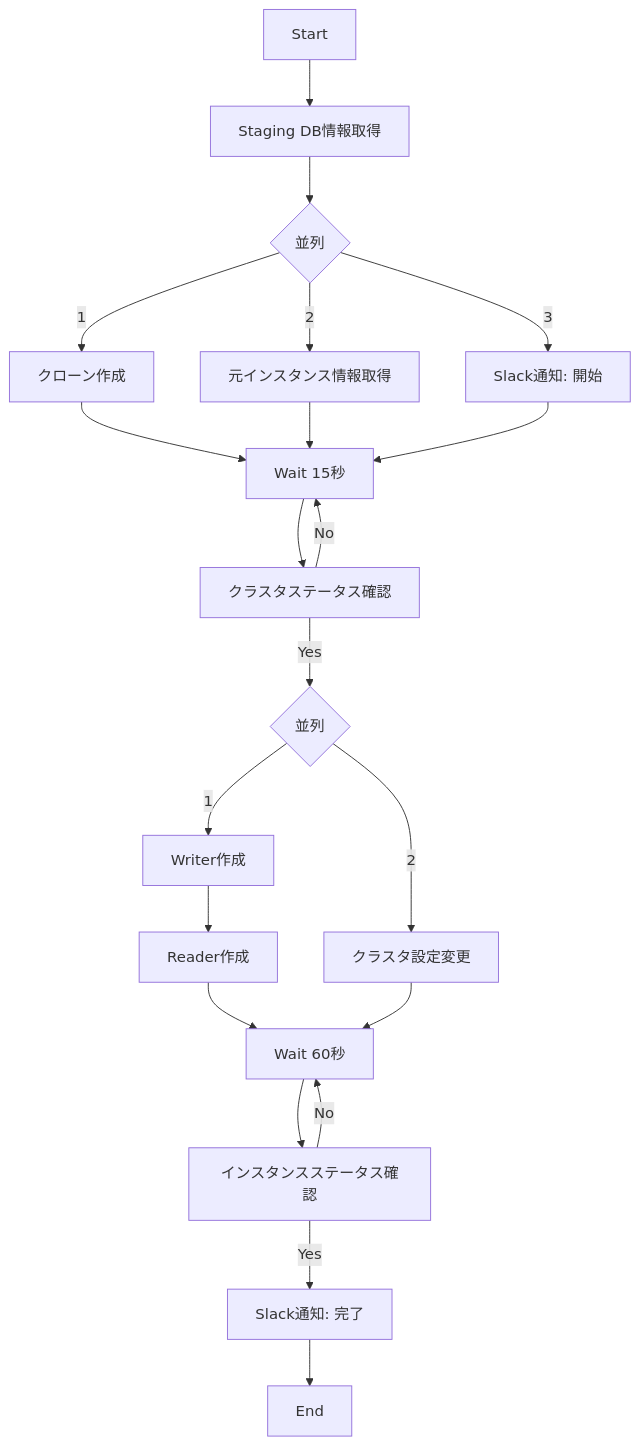
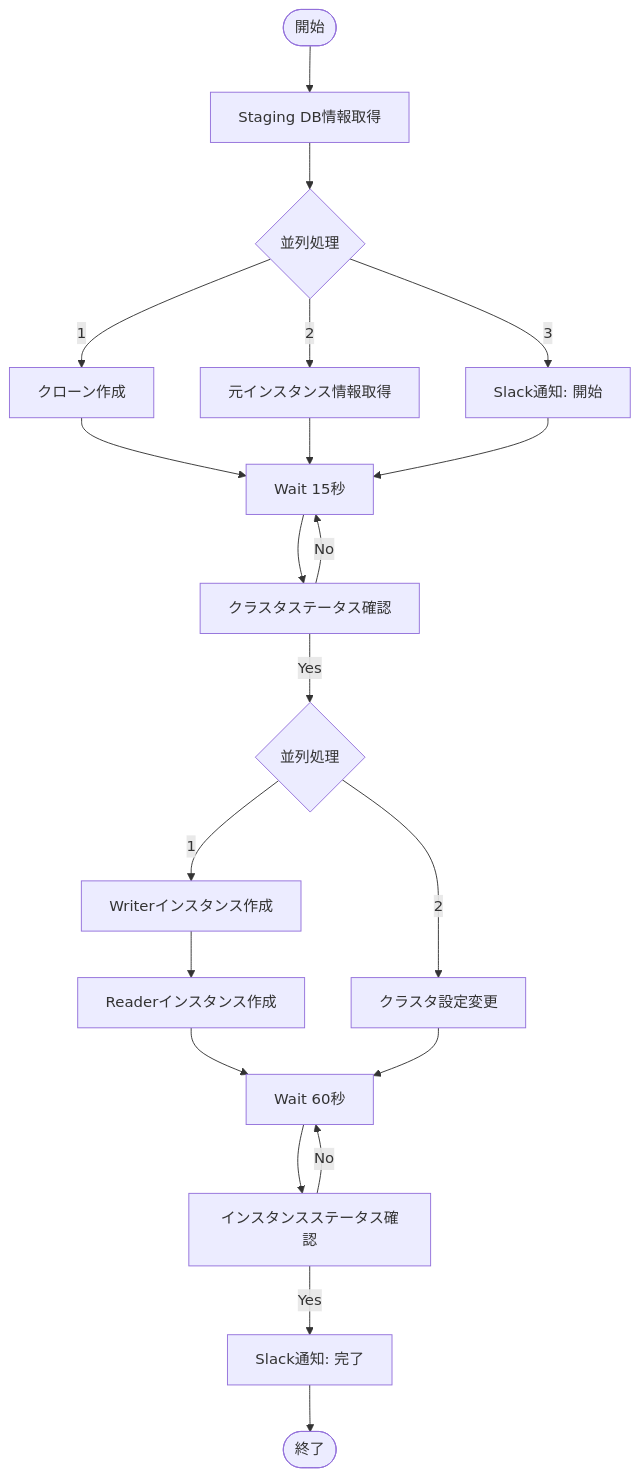
One commit to gi-no/zenn_paiza changed the second of 4 diagrams in articles/aurora-clone-verification-db-stepfunctions.md. Above: the diagram before and after it, drawn with Mermaid. The commit also changed other lines of this file, not shown here.

````diff
--- a/articles/aurora-clone-verification-db-stepfunctions.md
+++ b/articles/aurora-clone-verification-db-stepfunctions.md
@@ -215,30 +246,30 @@
 ```mermaid
 graph TD
-  Start --> Describe[Staging DB情報取得]
+  Start([開始]) --> Describe[Staging DB情報取得]
 
-  Describe --> P1{並列}
+  Describe --> P1{並列処理}
 
   P1 -->|1| Clone[クローン作成]
   P1 -->|2| GetInstance[元インスタンス情報取得]
   P1 -->|3| NotifyStart[Slack通知: 開始]
 
   Clone --> Wait1[Wait 15秒]
   GetInstance --> Wait1
   NotifyStart --> Wait1
 
   Wait1 --> CheckCluster[クラスタステータス確認]
   CheckCluster -->|No| Wait1
-  CheckCluster -->|Yes| P2{並列}
+  CheckCluster -->|Yes| P2{並列処理}
 
-  P2 -->|1| CreateWriter[Writer作成]
+  P2 -->|1| CreateWriter[Writerインスタンス作成]
   P2 -->|2| ModifyCluster[クラスタ設定変更]
 
-  CreateWriter --> CreateReader[Reader作成]
+  CreateWriter --> CreateReader[Readerインスタンス作成]
   CreateReader --> Wait2[Wait 60秒]
   ModifyCluster --> Wait2
 
   Wait2 --> CheckInstances[インスタンスステータス確認]
   CheckInstances -->|No| Wait2
   CheckInstances -->|Yes| NotifyComplete[Slack通知: 完了]
-  NotifyComplete --> End
+  NotifyComplete --> End([終了])
 ```
````
